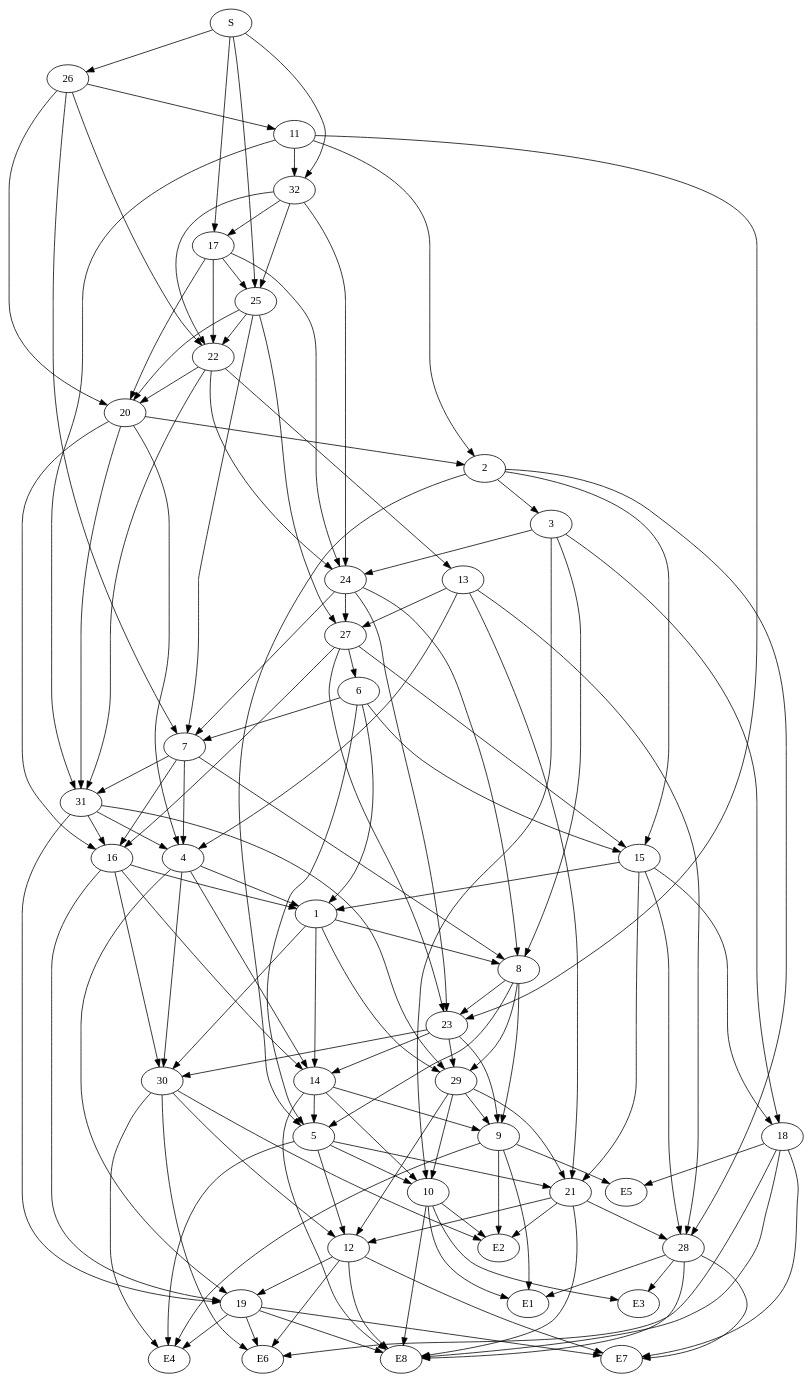
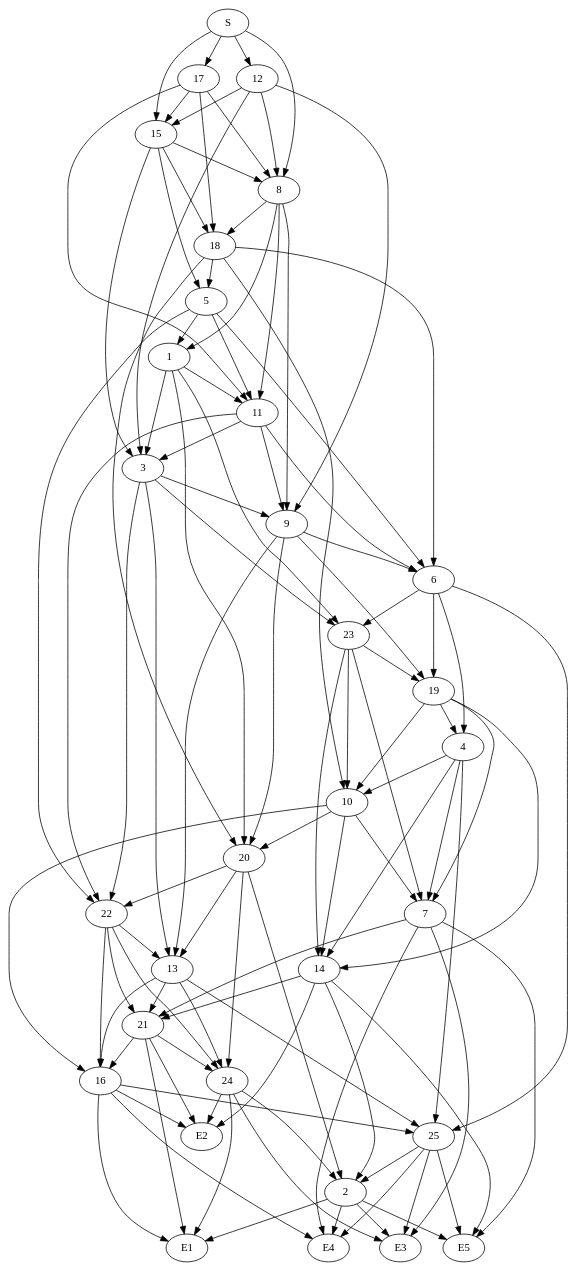
One commit to Iddo77/InteractiveNarrativeGenerator changed the diagram in output/graph.dot. Above: the diagram before and after it, drawn with Graphviz. The commit also changed 2 other files, not shown here.

Commit message:
The number of choice vertices in the structure graph is derived from the number of levels and the number of end vertices: (max_path_length - min_path_length) * num_end_vertices.
A graph is created with 5 end vertices, because it looks nice for in the paper. More end vertices is no problem, but leads to more complicated graphs that are harder to grasp in an image.

```diff
--- a/output/graph.dot
+++ b/output/graph.dot
@@ -1,134 +1,106 @@
 strict digraph "" {
+	S -> 8;
+	S -> 12;
+	S -> 15;
 	S -> 17;
-	S -> 25;
-	S -> 26;
-	S -> 32;
-	17 -> 25;
-	17 -> 24;
-	17 -> 20;
-	17 -> 22;
-	25 -> 7;
-	25 -> 27;
-	25 -> 20;
-	25 -> 22;
-	26 -> 7;
-	26 -> 11;
-	26 -> 20;
-	26 -> 22;
-	32 -> 17;
-	32 -> 25;
-	32 -> 24;
-	32 -> 22;
-	1 -> 8;
-	1 -> 14;
-	1 -> 29;
-	1 -> 30;
-	8 -> 29;
-	8 -> 5;
+	8 -> 1;
+	8 -> 11;
 	8 -> 9;
-	8 -> 23;
-	14 -> 5;
-	14 -> 10;
-	14 -> 9;
-	14 -> E8;
-	29 -> 10;
-	29 -> 12;
-	29 -> 21;
-	29 -> 9;
-	30 -> 12;
-	30 -> E4;
-	30 -> E2;
-	30 -> E6;
-	2 -> 3;
-	2 -> 5;
-	2 -> 15;
-	2 -> 28;
-	3 -> 8;
-	3 -> 10;
-	3 -> 18;
-	3 -> 24;
-	5 -> 10;
-	5 -> 12;
-	5 -> 21;
-	5 -> E4;
-	15 -> 1;
-	15 -> 28;
+	8 -> 18;
+	12 -> 8;
+	12 -> 15;
+	12 -> 3;
+	12 -> 9;
+	15 -> 8;
+	15 -> 3;
+	15 -> 5;
 	15 -> 18;
-	15 -> 21;
-	28 -> E1;
-	28 -> E3;
-	28 -> E8;
-	28 -> E7;
-	10 -> E1;
-	10 -> E2;
-	10 -> E3;
-	10 -> E8;
-	18 -> E5;
-	18 -> E8;
-	18 -> E6;
-	18 -> E7;
-	24 -> 8;
-	24 -> 7;
-	24 -> 23;
-	24 -> 27;
-	4 -> 1;
+	17 -> 8;
+	17 -> 15;
+	17 -> 11;
+	17 -> 18;
+	1 -> 3;
+	1 -> 11;
+	1 -> 20;
+	1 -> 23;
+	3 -> 23;
+	3 -> 9;
+	3 -> 13;
+	3 -> 22;
+	11 -> 3;
+	11 -> 9;
+	11 -> 22;
+	11 -> 6;
+	20 -> 2;
+	20 -> 13;
+	20 -> 22;
+	20 -> 24;
+	23 -> 7;
+	23 -> 10;
+	23 -> 14;
+	23 -> 19;
+	2 -> E1;
+	2 -> E3;
+	2 -> E4;
+	2 -> E5;
+	9 -> 20;
+	9 -> 13;
+	9 -> 6;
+	9 -> 19;
+	13 -> 25;
+	13 -> 21;
+	13 -> 16;
+	13 -> 24;
+	22 -> 13;
+	22 -> 21;
+	22 -> 16;
+	22 -> 24;
+	4 -> 7;
+	4 -> 10;
 	4 -> 14;
-	4 -> 30;
-	4 -> 19;
-	19 -> E4;
-	19 -> E8;
-	19 -> E6;
-	19 -> E7;
-	12 -> 19;
-	12 -> E8;
-	12 -> E6;
-	12 -> E7;
-	21 -> 28;
-	21 -> 12;
+	4 -> 25;
+	7 -> E3;
+	7 -> E4;
+	7 -> E5;
+	7 -> 21;
+	10 -> 20;
+	10 -> 7;
+	10 -> 14;
+	10 -> 16;
+	14 -> 2;
+	14 -> E5;
+	14 -> 21;
+	14 -> E2;
+	25 -> 2;
+	25 -> E3;
+	25 -> E4;
+	25 -> E5;
+	5 -> 1;
+	5 -> 11;
+	5 -> 22;
+	5 -> 6;
+	6 -> 23;
+	6 -> 4;
+	6 -> 25;
+	6 -> 19;
+	19 -> 4;
+	19 -> 7;
+	19 -> 10;
+	19 -> 14;
+	21 -> E1;
+	21 -> 16;
+	21 -> 24;
 	21 -> E2;
-	21 -> E8;
-	6 -> 1;
-	6 -> 5;
-	6 -> 15;
-	6 -> 7;
-	7 -> 8;
-	7 -> 4;
-	7 -> 16;
-	7 -> 31;
-	16 -> 1;
-	16 -> 14;
-	16 -> 30;
-	16 -> 19;
-	31 -> 29;
-	31 -> 4;
-	31 -> 19;
-	31 -> 16;
-	9 -> E4;
-	9 -> E1;
-	9 -> E2;
-	9 -> E5;
-	23 -> 14;
-	23 -> 29;
-	23 -> 30;
-	23 -> 9;
-	11 -> 32;
-	11 -> 2;
-	11 -> 31;
-	11 -> 23;
-	13 -> 28;
-	13 -> 4;
-	13 -> 21;
-	13 -> 27;
-	27 -> 15;
-	27 -> 6;
-	27 -> 16;
-	27 -> 23;
-	20 -> 2;
-	20 -> 4;
-	20 -> 16;
-	20 -> 31;
-	22 -> 24;
-	22 -> 31;
-	22 -> 13;
-	22 -> 20;
+	18 -> 20;
+	18 -> 10;
+	18 -> 5;
+	18 -> 6;
+	16 -> E1;
+	16 -> E4;
+	16 -> 25;
+	16 -> E2;
+	24 -> 2;
+	24 -> E1;
+	24 -> E3;
+	24 -> E2;
 }
```
